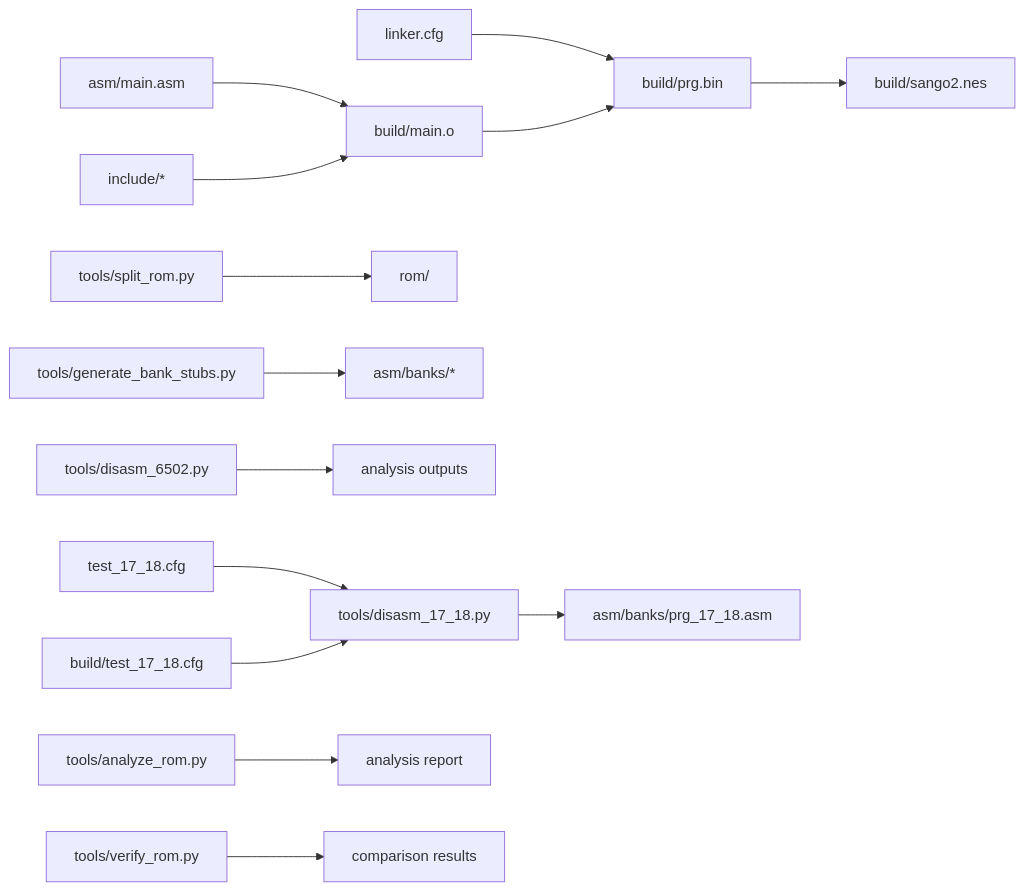
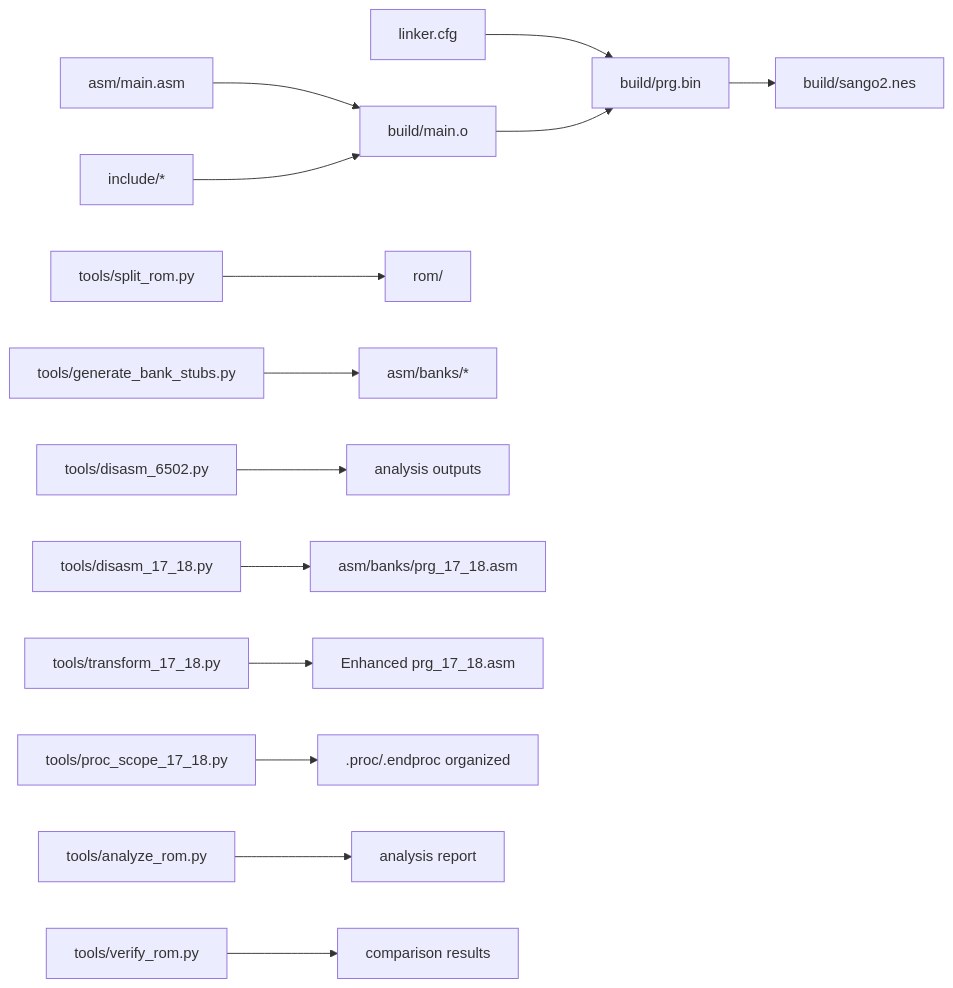
One commit to rabbyzero/sango2dasm changed the third of 3 diagrams in .qoder/repowiki/en/content/Build System and Tools/Makefile Targets and Usage.md. Above: the diagram before and after it, drawn with Mermaid. The commit also changed other lines of this file and 20 other files, not shown here.

````diff
--- a/.qoder/repowiki/en/content/Build System and Tools/Makefile Targets and Usage.md
+++ b/.qoder/repowiki/en/content/Build System and Tools/Makefile Targets and Usage.md
@@ -301,16 +355,16 @@
 ```mermaid
 graph LR
 MAIN["asm/main.asm"] --> OBJ["build/main.o"]
 INC["include/*"] --> OBJ
 CFG["linker.cfg"] --> BIN["build/prg.bin"]
 OBJ --> BIN
 BIN --> NES["build/sango2.nes"]
 SPLIT["tools/split_rom.py"] --> ROMDIR["rom/"]
 BANKS["tools/generate_bank_stubs.py"] --> ASMBANKS["asm/banks/*"]
 DISASM["tools/disasm_6502.py"] --> OUTDISASM["analysis outputs"]
 UNIDISASM["tools/disasm_17_18.py"] --> COMBINED["asm/banks/prg_17_18.asm"]
-TESTCFG["test_17_18.cfg"] --> UNIDISASM
-BUILDCFG["build/test_17_18.cfg"] --> UNIDISASM
+TRANS["tools/transform_17_18.py"] --> MODERNIZED["Enhanced prg_17_18.asm"]
+PROCSCOPE["tools/proc_scope_17_18.py"] --> PROCSCOPED[".proc/.endproc organized"]
 ANALYZE["tools/analyze_rom.py"] --> OUTANALYZE["analysis report"]
 VERIFY["tools/verify_rom.py"] --> COMPARE["comparison results"]
 ```
````
